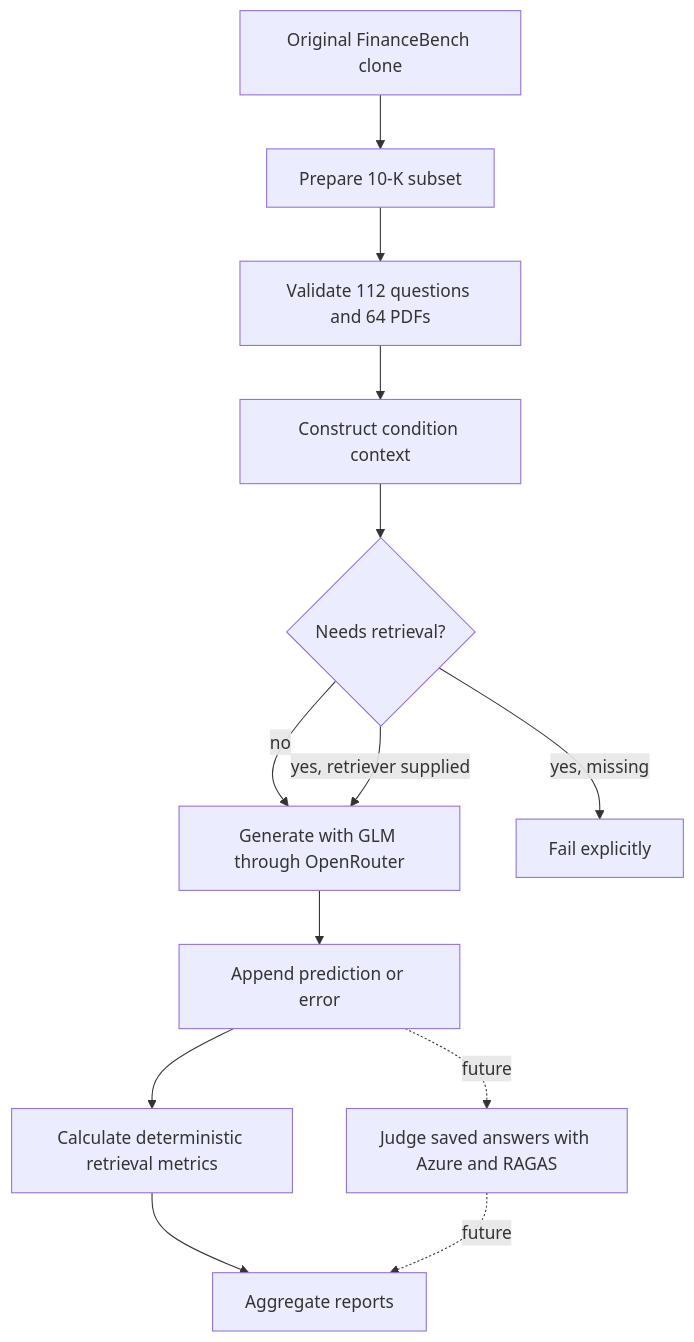
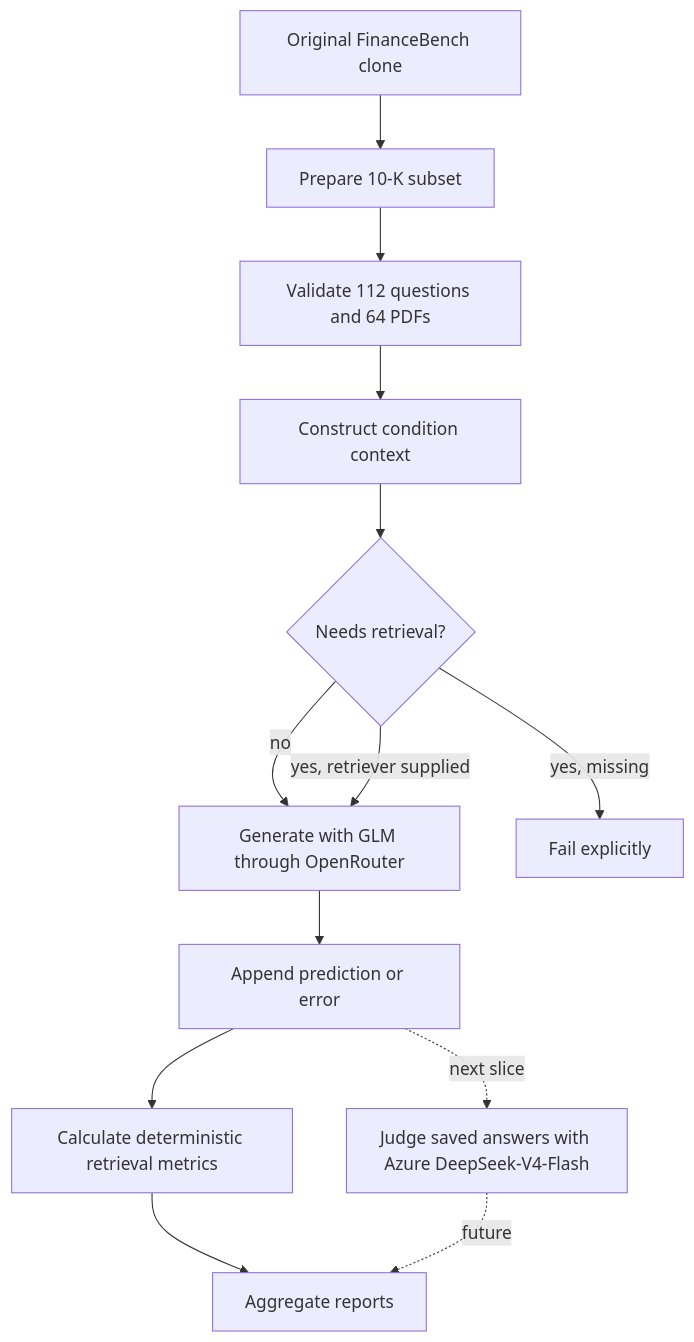
Before and after one commit to 14zhasim/Agentic_RAG: the first of 10 diagrams in docs sys design/benchmark/FinanceBench Implementation Guide.md, drawn with Mermaid. The commit also changed other lines of this file and 7 other files, not shown here.

````diff
--- a/docs sys design/benchmark/FinanceBench Implementation Guide.md
+++ b/docs sys design/benchmark/FinanceBench Implementation Guide.md
@@ -26,15 +26,15 @@
 ```mermaid
 flowchart TD
     A[Original FinanceBench clone] --> B[Prepare 10-K subset]
     B --> C[Validate 112 questions and 64 PDFs]
     C --> D[Construct condition context]
     D --> E{Needs retrieval?}
     E -- no --> F[Generate with GLM through OpenRouter]
     E -- yes, retriever supplied --> F
     E -- yes, missing --> X[Fail explicitly]
     F --> G[Append prediction or error]
     G --> H[Calculate deterministic retrieval metrics]
-    G -. future .-> J[Judge saved answers with Azure and RAGAS]
+    G -. next slice .-> J[Judge saved answers with Azure DeepSeek-V4-Flash]
     H --> I[Aggregate reports]
     J -. future .-> I
 ```
````
